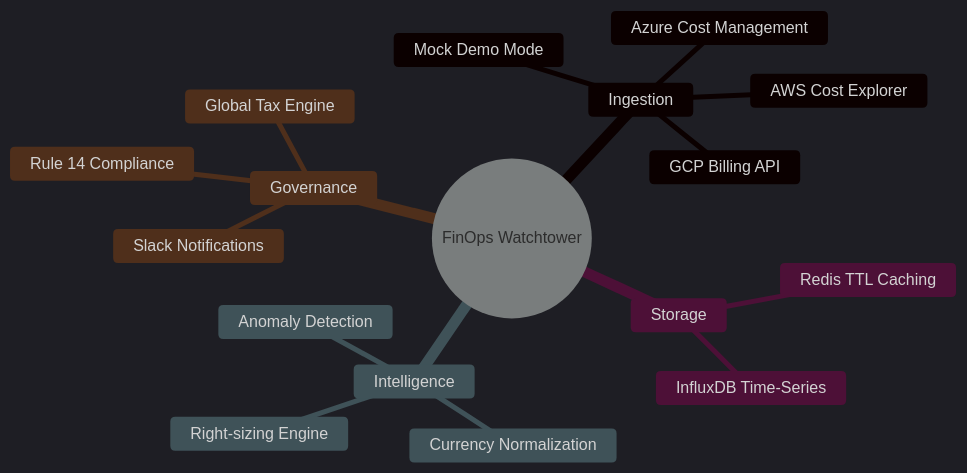
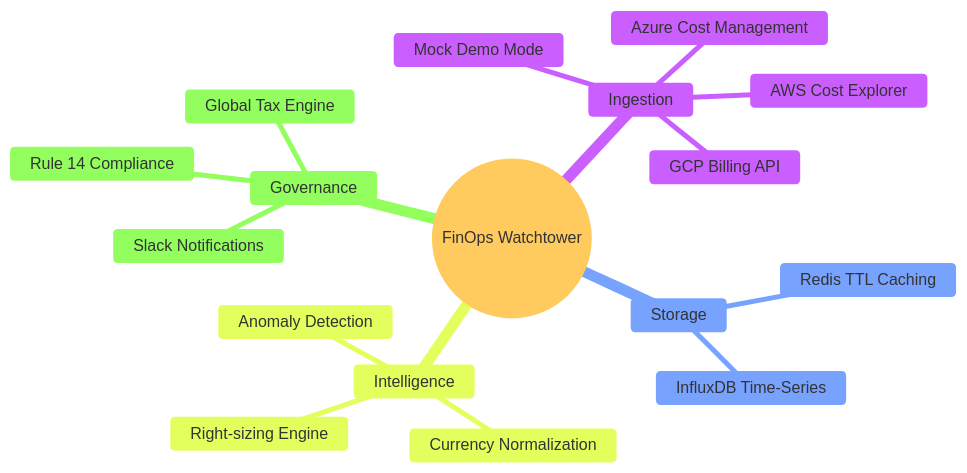
One commit to surya-edict/MultiCloud-Watchtower changed the first of 4 diagrams in README.md. Above: the diagram before and after it, drawn with Mermaid.

Commit message:
docs: apply light theme colors to all mermaid diagrams

````diff
--- a/README.md
+++ b/README.md
@@ -32,21 +32,21 @@
 ```mermaid
-%%{init: { 'theme': 'dark' } }%%
+%%{init: { 'theme': 'base', 'themeVariables': { 'mindmapNodeBackgroundColor': '#e1f5fe', 'mindmapNodeTextColor': '#01579b', 'lineColor': '#0288d1' } } }%%
 mindmap
   root((FinOps Watchtower))
     Ingestion
       AWS Cost Explorer
       Azure Cost Management
       GCP Billing API
       Mock Demo Mode
     Storage
       InfluxDB Time-Series
       Redis TTL Caching
     Intelligence
       Anomaly Detection
       Right-sizing Engine
       Currency Normalization
     Governance
       Global Tax Engine
       Rule 14 Compliance
       Slack Notifications
 ```
````
